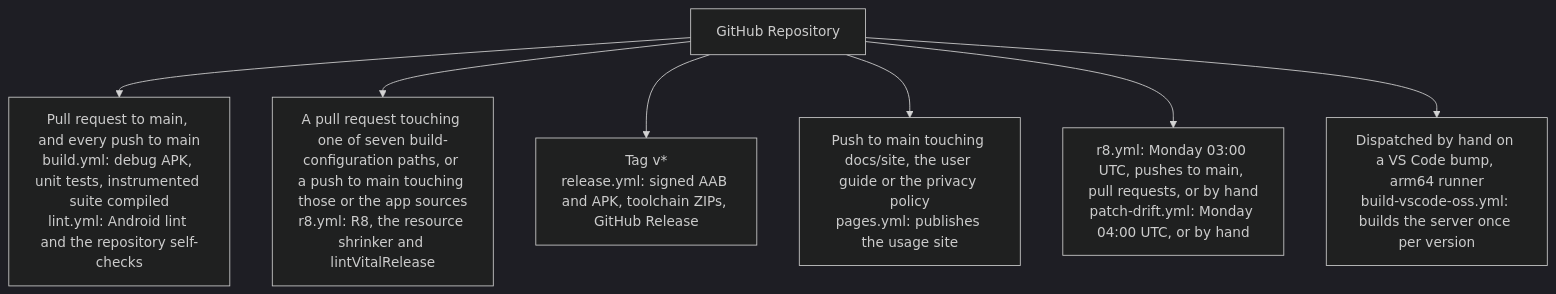
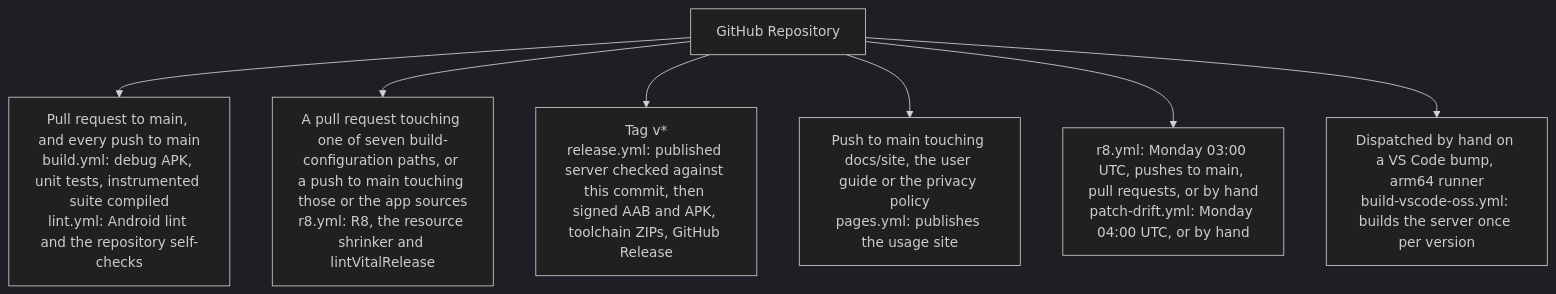
One commit to rmyndharis/VSCodroid changed the second of 2 diagrams in docs/10-RELEASE_PLAN.md. Above: the diagram before and after it, drawn with Mermaid (dark theme). The commit also changed other lines of this file and 19 other files, not shown here.

````diff
--- a/docs/10-RELEASE_PLAN.md
+++ b/docs/10-RELEASE_PLAN.md
@@ -47,9 +47,9 @@
 ```mermaid
 flowchart TD
   REPO["GitHub Repository"] --> B1["Pull request to main, and every push to main<br/>build.yml: debug APK, unit tests, instrumented suite compiled<br/>lint.yml: Android lint and the repository self-checks"]
   REPO --> B2["A pull request touching one of seven build-configuration paths, or a push to main touching those or the app sources<br/>r8.yml: R8, the resource shrinker and lintVitalRelease"]
-  REPO --> B3["Tag v*<br/>release.yml: signed AAB and APK, toolchain ZIPs, GitHub Release"]
+  REPO --> B3["Tag v*<br/>release.yml: published server checked against this commit, then signed AAB and APK, toolchain ZIPs, GitHub Release"]
   REPO --> B4["Push to main touching docs/site, the user guide or the privacy policy<br/>pages.yml: publishes the usage site"]
   REPO --> B5["r8.yml: Monday 03:00 UTC, pushes to main, pull requests, or by hand<br/>patch-drift.yml: Monday 04:00 UTC, or by hand"]
   REPO --> B6["Dispatched by hand on a VS Code bump, arm64 runner<br/>build-vscode-oss.yml: builds the server once per version"]
 ```
````
